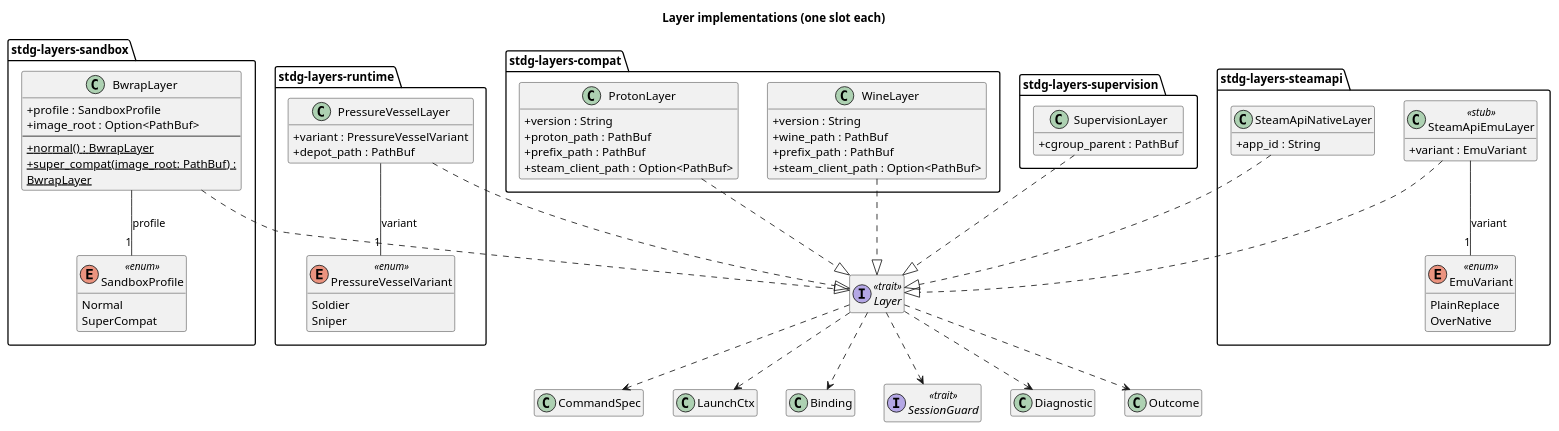
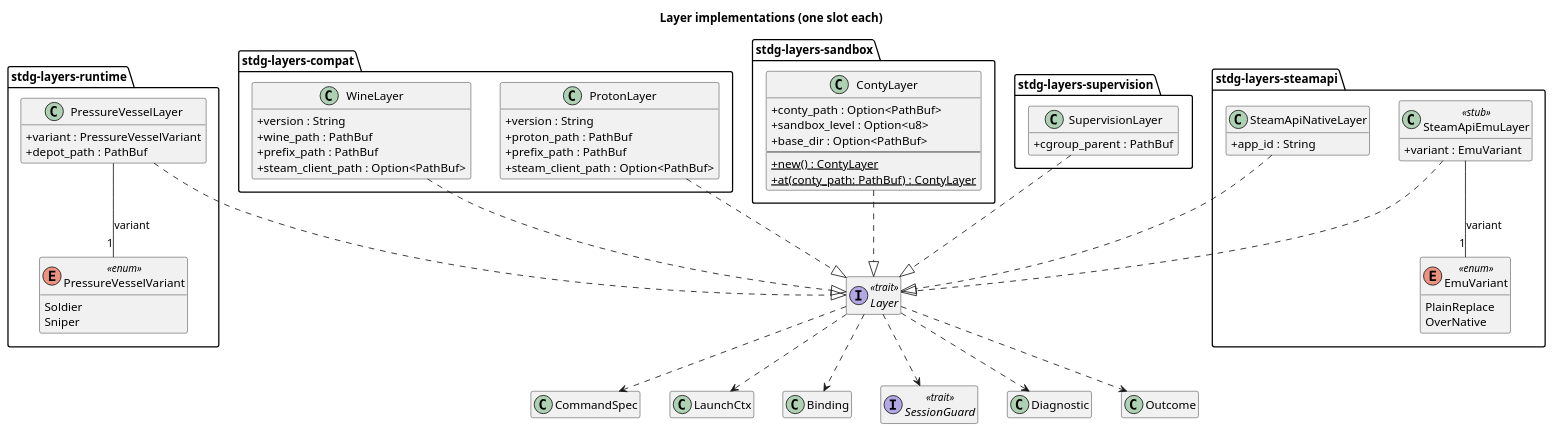
Before and after one commit to Equoo/STDGames: the diagram in docs/uml/04-layers.puml, drawn with PlantUML. The commit also changed 25 other files, not shown here.

Commit message:
refactor(sandbox): now using conty

```diff
--- a/docs/uml/04-layers.puml
+++ b/docs/uml/04-layers.puml
@@ -1,96 +1,92 @@
 @startuml Layer_implementations_one_slot_each
 title Layer implementations (one slot each)
 hide empty members
 skinparam classAttributeIconSize 0
 skinparam wrapWidth 260
 
 package "stdg-layers-sandbox" {
-  class BwrapLayer {
-    +profile : SandboxProfile
-    +image_root : Option<PathBuf>
+  class ContyLayer {
+    +conty_path : Option<PathBuf>
+    +sandbox_level : Option<u8>
+    +base_dir : Option<PathBuf>
     --
-    {static} +normal() : BwrapLayer
-    {static} +super_compat(image_root: PathBuf) : BwrapLayer
-  }
-  enum SandboxProfile <<enum>> {
-    Normal
-    SuperCompat
+    {static} +new() : ContyLayer
+    {static} +at(conty_path: PathBuf) : ContyLayer
   }
 }
 
 package "stdg-layers-runtime" {
   class PressureVesselLayer {
     +variant : PressureVesselVariant
     +depot_path : PathBuf
   }
   enum PressureVesselVariant <<enum>> {
     Soldier
     Sniper
   }
 }
 
 package "stdg-layers-compat" {
   class ProtonLayer {
     +version : String
     +proton_path : PathBuf
     +prefix_path : PathBuf
     +steam_client_path : Option<PathBuf>
   }
   class WineLayer {
     +version : String
     +wine_path : PathBuf
     +prefix_path : PathBuf
     +steam_client_path : Option<PathBuf>
   }
 }
 
 package "stdg-layers-steamapi" {
   class SteamApiNativeLayer {
     +app_id : String
   }
   class SteamApiEmuLayer <<stub>> {
     +variant : EmuVariant
   }
   enum EmuVariant <<enum>> {
     PlainReplace
     OverNative
   }
 }
 
 package "stdg-layers-supervision" {
   class SupervisionLayer {
     +cgroup_parent : PathBuf
   }
 }
 
 ' referenced from elsewhere, shown without members for context
 interface Layer <<trait>>
 class CommandSpec
 class LaunchCtx
 class Binding
 interface SessionGuard <<trait>>
 class Diagnostic
 
 ' realizations (trait/interface implementations)
-BwrapLayer ..|> Layer
+ContyLayer ..|> Layer
 PressureVesselLayer ..|> Layer
 ProtonLayer ..|> Layer
 WineLayer ..|> Layer
 SteamApiNativeLayer ..|> Layer
 SteamApiEmuLayer ..|> Layer
 SupervisionLayer ..|> Layer
 
 ' associations
 PressureVesselLayer -- "1" PressureVesselVariant : variant
-BwrapLayer -- "1" SandboxProfile : profile
 SteamApiEmuLayer -- "1" EmuVariant : variant
 
 ' dependencies (uses / produces)
 Layer ..> LaunchCtx
 Layer ..> CommandSpec
 Layer ..> Outcome
 Layer ..> Binding
 Layer ..> SessionGuard
 Layer ..> Diagnostic
 
 @enduml
```
